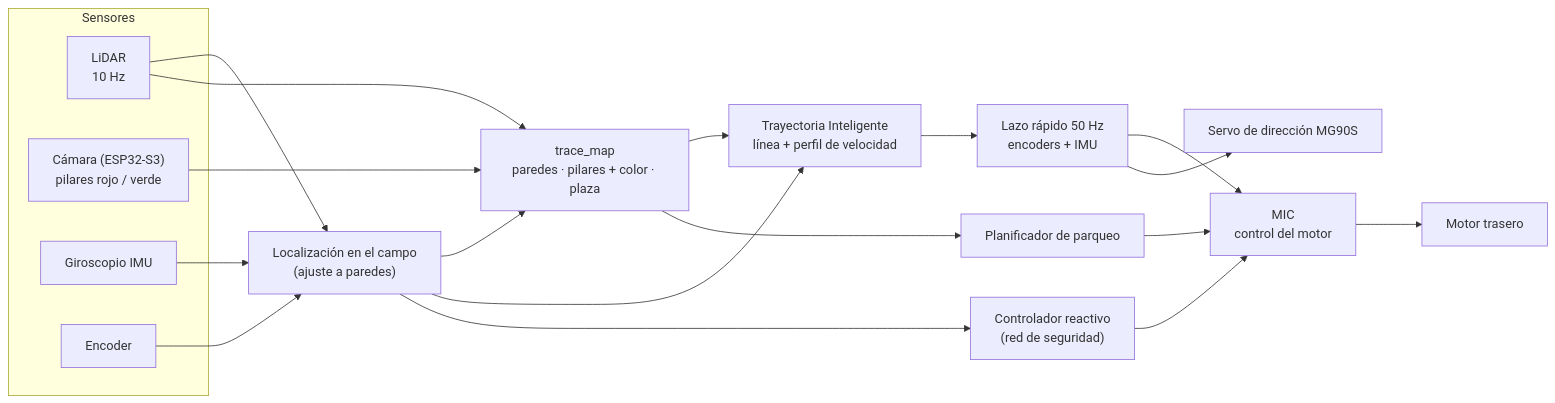
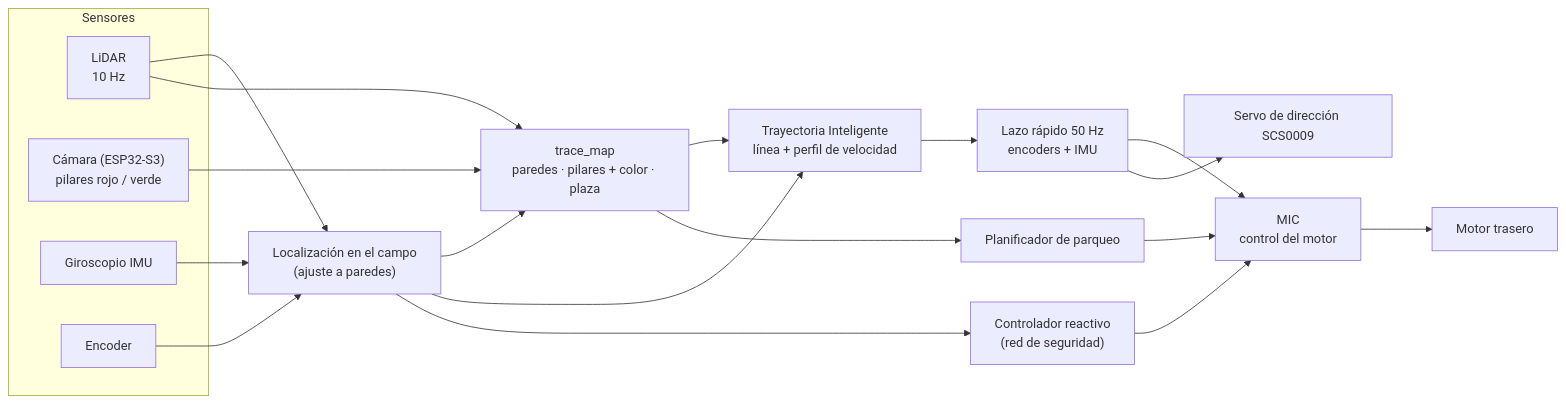
Before and after one commit to Eddym06/AutoNex: the second of 2 diagrams in README.es.md, drawn with Mermaid. The commit also changed other lines of this file and 13 other files, not shown here.

````diff
--- a/README.es.md
+++ b/README.es.md
@@ -53,25 +428,25 @@
 ```mermaid
 flowchart LR
     subgraph S["Sensores"]
         L["LiDAR<br/>10 Hz"]
         C["Cámara (ESP32-S3)<br/>pilares rojo / verde"]
         I["Giroscopio IMU"]
         E["Encoder"]
     end
     L --> LOC["Localización en el campo<br/>(ajuste a paredes)"]
     I --> LOC
     E --> LOC
     L --> MAP["trace_map<br/>paredes · pilares + color · plaza"]
     C --> MAP
     LOC --> MAP
     MAP --> IT["Trayectoria Inteligente<br/>línea + perfil de velocidad"]
     LOC --> IT
     IT --> FAST["Lazo rápido 50 Hz<br/>encoders + IMU"]
     MAP --> PARK["Planificador de parqueo"]
     LOC --> REACT["Controlador reactivo<br/>(red de seguridad)"]
     FAST --> MIC["MIC<br/>control del motor"]
     REACT --> MIC
     PARK --> MIC
     MIC --> M["Motor trasero"]
-    FAST --> SV["Servo de dirección MG90S"]
+    FAST --> SV["Servo de dirección SCS0009"]
 ```
````
